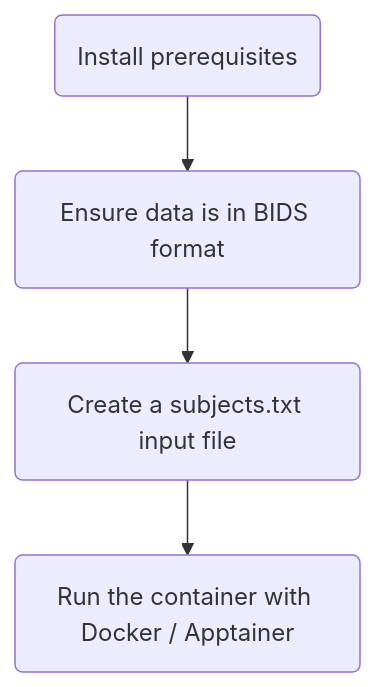
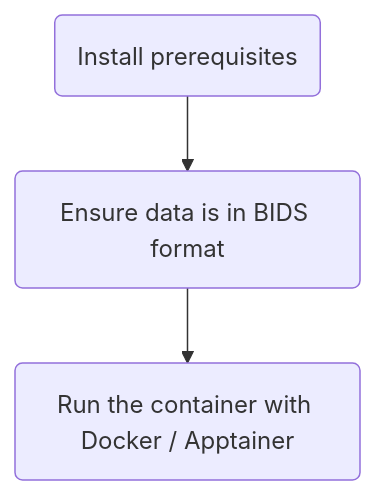
Before and after one commit to nikhil153/Enigma-PD-WML: the diagram in README.md, drawn with Mermaid. The commit also changed other lines of this file, not shown here.

````diff
--- a/README.md
+++ b/README.md
@@ -28,11 +28,9 @@
 ```mermaid
 %%{init: {"flowchart": {"htmlLabels": false}} }%%
 flowchart TD
     installation("`Install prerequisites`")
     convert("`Ensure data is in BIDS format`")
-    subjects("`Create a subjects.txt input file`")
     run("`Run the container with Docker / Apptainer`")
     installation --> convert
-    convert --> subjects
-    subjects --> run
+    convert --> run
 ```
````
